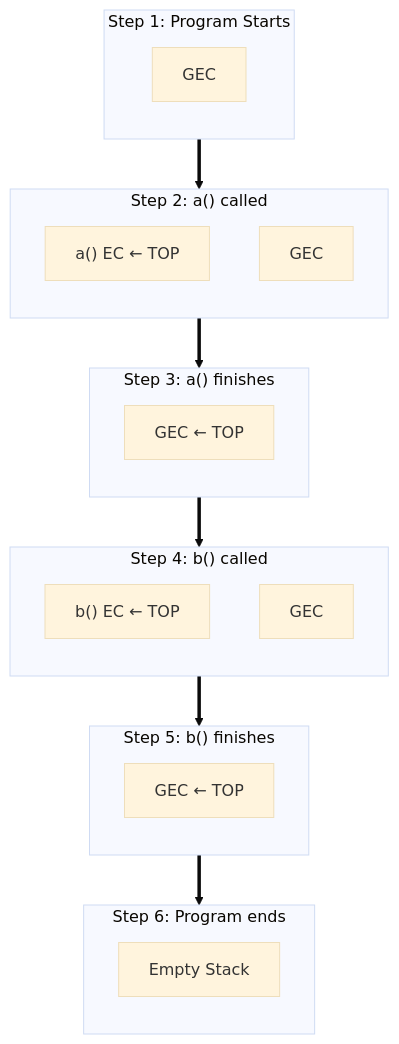
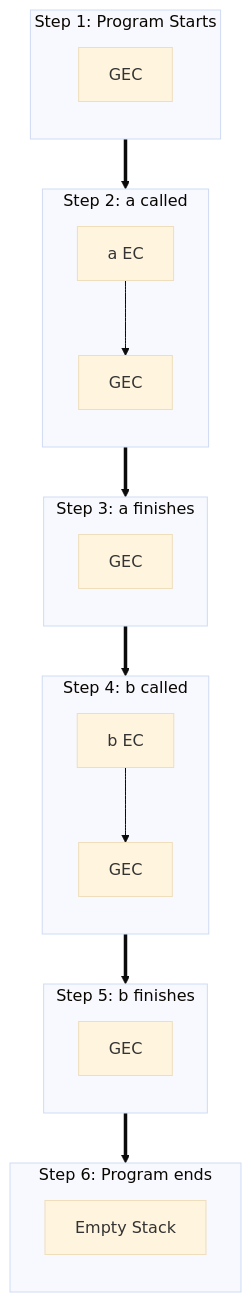
Before and after one commit to Kshitijgul/Notes: the third of 30 diagrams in Javascript/Chapter5_Functions.md, drawn with Mermaid (base theme). The commit also changed other lines of this file and 1 other file, not shown here.

````diff
--- a/Javascript/Chapter5_Functions.md
+++ b/Javascript/Chapter5_Functions.md
@@ -170,36 +122,38 @@
 ```mermaid
 flowchart TB
     subgraph Step1["Step 1: Program Starts"]
         direction TB
         S1["GEC"]
     end
-    
-    subgraph Step2["Step 2: a() called"]
+
+    subgraph Step2["Step 2: a called"]
         direction TB
-        S2A["a() EC ← TOP"]
+        S2A["a EC"]
         S2B["GEC"]
+        S2A --> S2B
     end
-    
-    subgraph Step3["Step 3: a() finishes"]
+
+    subgraph Step3["Step 3: a finishes"]
         direction TB
-        S3["GEC ← TOP"]
+        S3["GEC"]
     end
-    
-    subgraph Step4["Step 4: b() called"]
+
+    subgraph Step4["Step 4: b called"]
         direction TB
-        S4A["b() EC ← TOP"]
+        S4A["b EC"]
         S4B["GEC"]
+        S4A --> S4B
     end
-    
-    subgraph Step5["Step 5: b() finishes"]
+
+    subgraph Step5["Step 5: b finishes"]
         direction TB
-        S5["GEC ← TOP"]
+        S5["GEC"]
     end
-    
+
     subgraph Step6["Step 6: Program ends"]
         direction TB
         S6["Empty Stack"]
     end
-    
+
     Step1 ==> Step2 ==> Step3 ==> Step4 ==> Step5 ==> Step6
 ```
````
